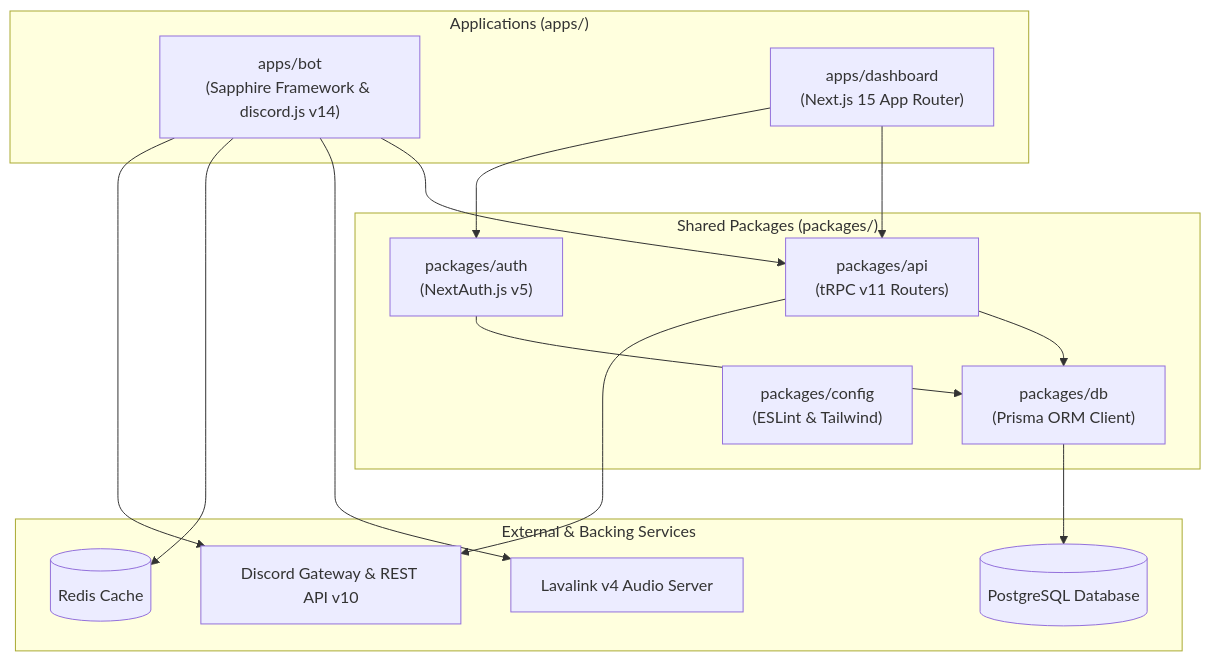
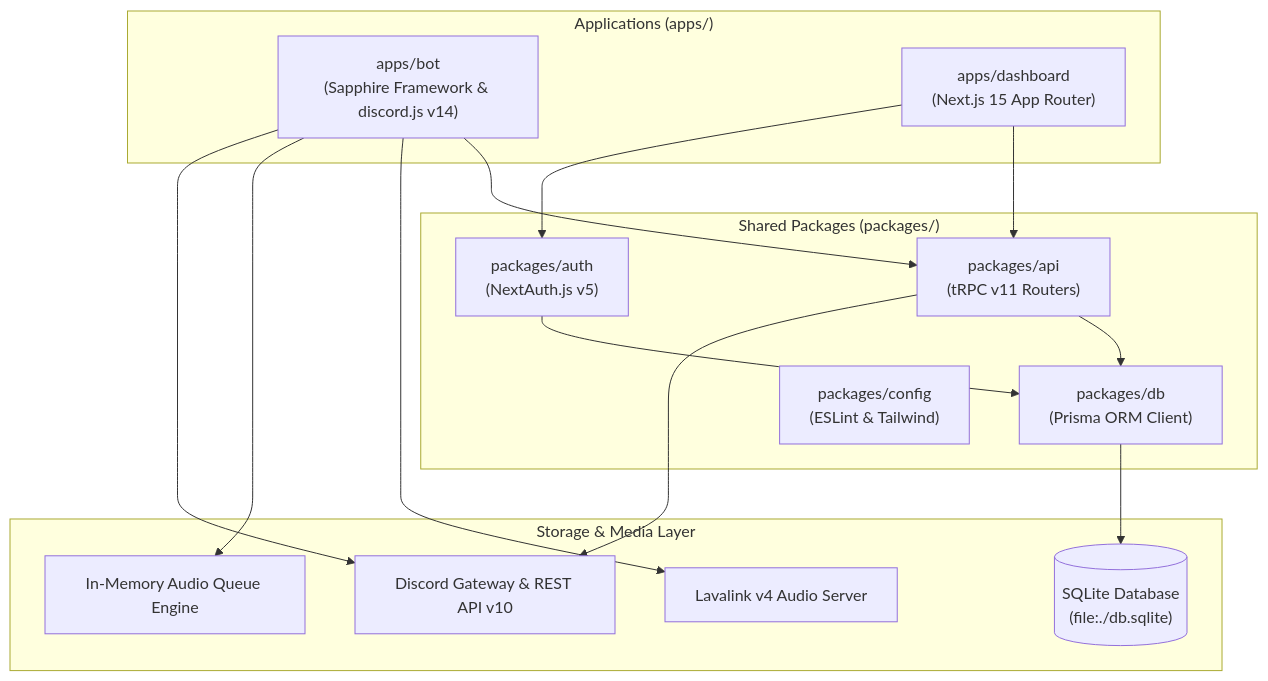
Before and after one commit to PhantomNimbi/Master-Bot: the diagram in wiki/Home.md, drawn with Mermaid. The commit also changed other lines of this file and 37 other files, not shown here.

Commit message:
feat: modernize architecture with SQLite DB, in-memory audio queue, intent fallback, and 3-port isolation

````diff
--- a/wiki/Home.md
+++ b/wiki/Home.md
@@ -9,32 +9,32 @@
 ```mermaid
 flowchart TD
     subgraph Apps["Applications (apps/)"]
         Bot["apps/bot<br/>(Sapphire Framework & discord.js v14)"]
         Dash["apps/dashboard<br/>(Next.js 15 App Router)"]
     end
 
     subgraph Packages["Shared Packages (packages/)"]
         API["packages/api<br/>(tRPC v11 Routers)"]
         Auth["packages/auth<br/>(NextAuth.js v5)"]
         DB["packages/db<br/>(Prisma ORM Client)"]
         Config["packages/config<br/>(ESLint & Tailwind)"]
     end
 
-    subgraph Services["External & Backing Services"]
-        PG[("PostgreSQL Database")]
-        Redis[("Redis Cache")]
+    subgraph Storage["Storage & Media Layer"]
+        SQLite[("SQLite Database<br/>(file:./db.sqlite)")]
+        MemQueue["In-Memory Audio Queue Engine"]
         Lava["Lavalink v4 Audio Server"]
         Discord["Discord Gateway & REST API v10"]
     end
 
     Dash --> API
     Dash --> Auth
     Bot --> API
     API --> DB
     Auth --> DB
-    DB --> PG
+    DB --> SQLite
     Bot --> Lava
-    Bot --> Redis
+    Bot --> MemQueue
     Bot --> Discord
     API --> Discord
 ```
````
